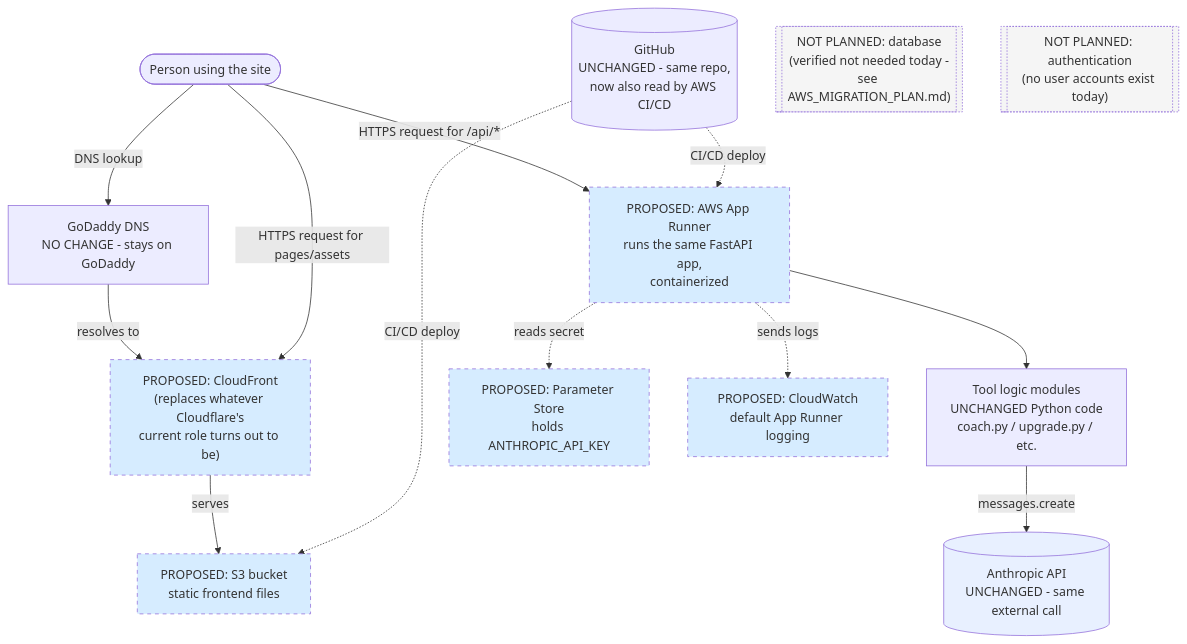
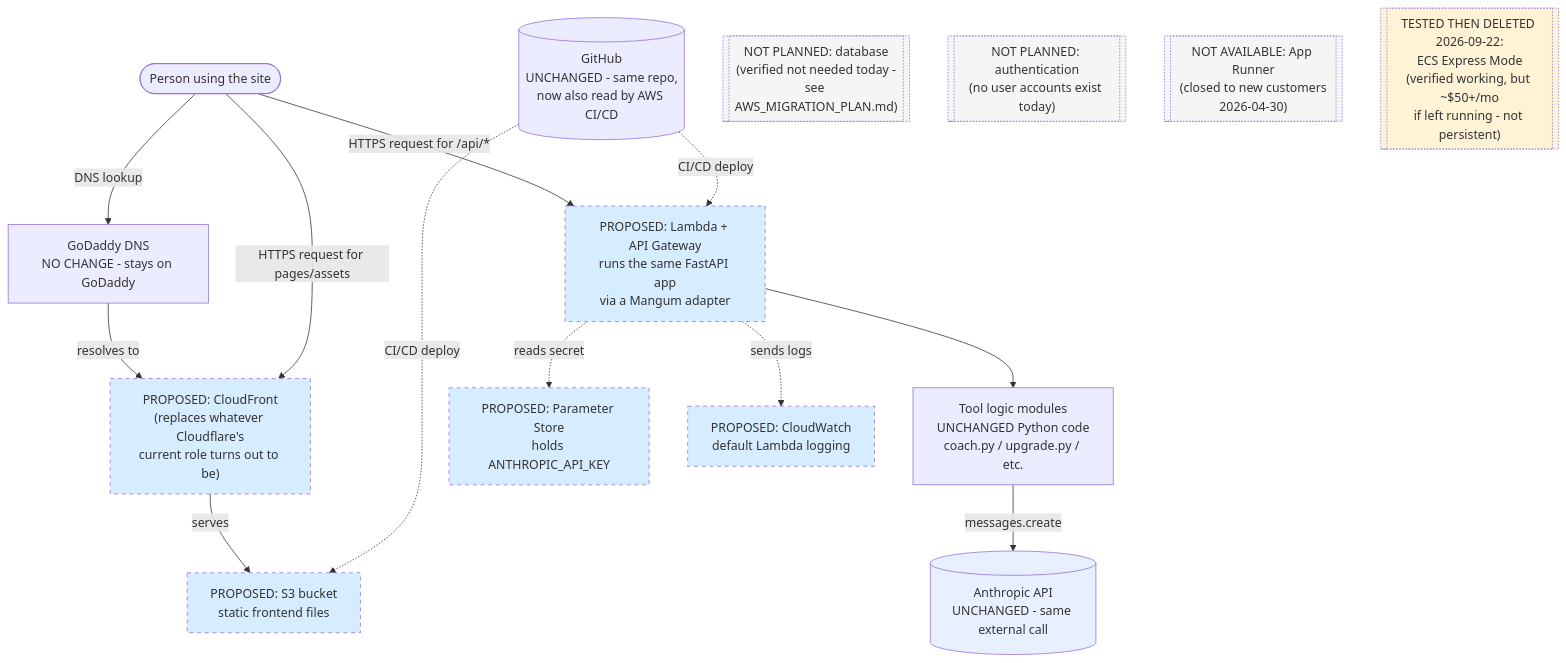
One commit to yrathbone/creating-tomorrow-app changed the second of 2 diagrams in docs/ARCHITECTURE_DIAGRAMS.md. Above: the diagram before and after it, drawn with Mermaid. The commit also changed other lines of this file and 3 other files, not shown here.

First line of the commit message:
Update AWS migration docs: App Runner deprecated, pivot to Lambda

````diff
--- a/docs/ARCHITECTURE_DIAGRAMS.md
+++ b/docs/ARCHITECTURE_DIAGRAMS.md
@@ -58,36 +65,40 @@
 ```mermaid
 flowchart TD
     User([Person using the site])
     DNS[GoDaddy DNS<br/>NO CHANGE - stays on GoDaddy]
     CF_prop["PROPOSED: CloudFront<br/>(replaces whatever Cloudflare's<br/>current role turns out to be)"]
     S3[PROPOSED: S3 bucket<br/>static frontend files]
-    AppRunner[PROPOSED: AWS App Runner<br/>runs the same FastAPI app,<br/>containerized]
+    Lambda[PROPOSED: Lambda + API Gateway<br/>runs the same FastAPI app<br/>via a Mangum adapter]
     Tools[Tool logic modules<br/>UNCHANGED Python code<br/>coach.py / upgrade.py / etc.]
     Anthropic[(Anthropic API<br/>UNCHANGED - same external call)]
     Params[PROPOSED: Parameter Store<br/>holds ANTHROPIC_API_KEY]
-    CW[PROPOSED: CloudWatch<br/>default App Runner logging]
+    CW[PROPOSED: CloudWatch<br/>default Lambda logging]
     GitHub[(GitHub<br/>UNCHANGED - same repo,<br/>now also read by AWS CI/CD)]
     NoDB[["NOT PLANNED: database<br/>(verified not needed today -<br/>see AWS_MIGRATION_PLAN.md)"]]
     NoAuth[["NOT PLANNED: authentication<br/>(no user accounts exist today)"]]
+    NoAppRunner[["NOT AVAILABLE: App Runner<br/>(closed to new customers<br/>2026-04-30)"]]
+    NoECS[["TESTED THEN DELETED 2026-09-22:<br/>ECS Express Mode<br/>(verified working, but ~$50+/mo<br/>if left running - not persistent)"]]
 
     User -->|DNS lookup| DNS
     DNS -->|resolves to| CF_prop
     User -->|HTTPS request for pages/assets| CF_prop
     CF_prop -->|serves| S3
-    User -->|HTTPS request for /api/*| AppRunner
-    AppRunner --> Tools
+    User -->|HTTPS request for /api/*| Lambda
+    Lambda --> Tools
     Tools -->|messages.create| Anthropic
-    AppRunner -.->|reads secret| Params
-    AppRunner -.->|sends logs| CW
+    Lambda -.->|reads secret| Params
+    Lambda -.->|sends logs| CW
     GitHub -.->|CI/CD deploy| S3
-    GitHub -.->|CI/CD deploy| AppRunner
+    GitHub -.->|CI/CD deploy| Lambda
 
     style Anthropic fill:#e8f0ff
     style CF_prop fill:#d6ecff,stroke-dasharray: 5 5
     style S3 fill:#d6ecff,stroke-dasharray: 5 5
-    style AppRunner fill:#d6ecff,stroke-dasharray: 5 5
+    style Lambda fill:#d6ecff,stroke-dasharray: 5 5
     style Params fill:#d6ecff,stroke-dasharray: 5 5
     style CW fill:#d6ecff,stroke-dasharray: 5 5
     style NoDB fill:#f5f5f5,stroke-dasharray: 2 2
     style NoAuth fill:#f5f5f5,stroke-dasharray: 2 2
+    style NoAppRunner fill:#f5f5f5,stroke-dasharray: 2 2
+    style NoECS fill:#fff3d6,stroke-dasharray: 2 2
 ```
````
